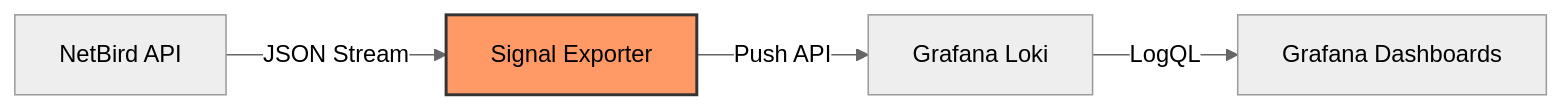
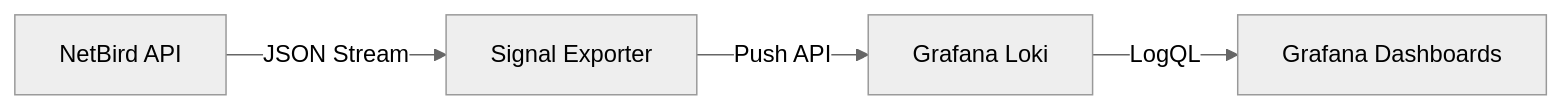
Before and after one commit to onelrian/signal: the diagram in README.md, drawn with Mermaid (neutral theme). The commit also changed other lines of this file and 1 other file, not shown here.

````diff
--- a/README.md
+++ b/README.md
@@ -19,8 +19,6 @@
 ```mermaid
 flowchart LR
     NA[NetBird API] -->|JSON Stream| Signal[Signal Exporter]
     Signal -->|Push API| Loki[Grafana Loki]
     Loki -->|LogQL| Grafana[Grafana Dashboards]
-    
-    style Signal fill:#f96,stroke:#333,stroke-width:2px
 ```
````
